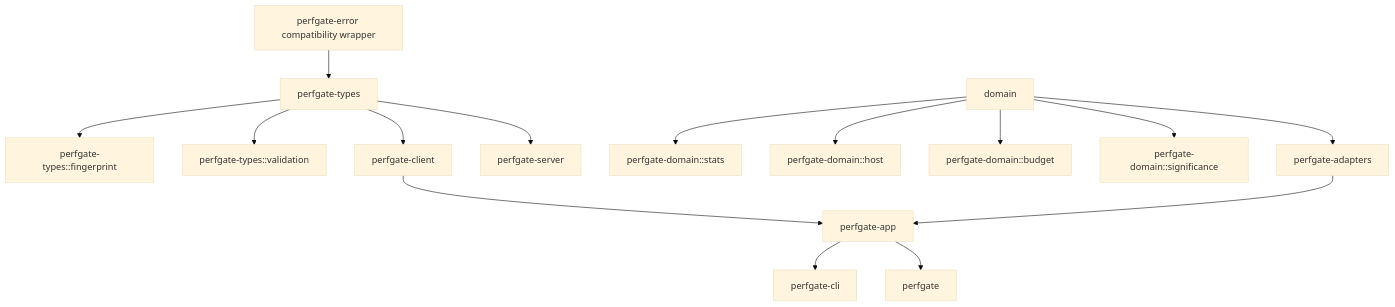
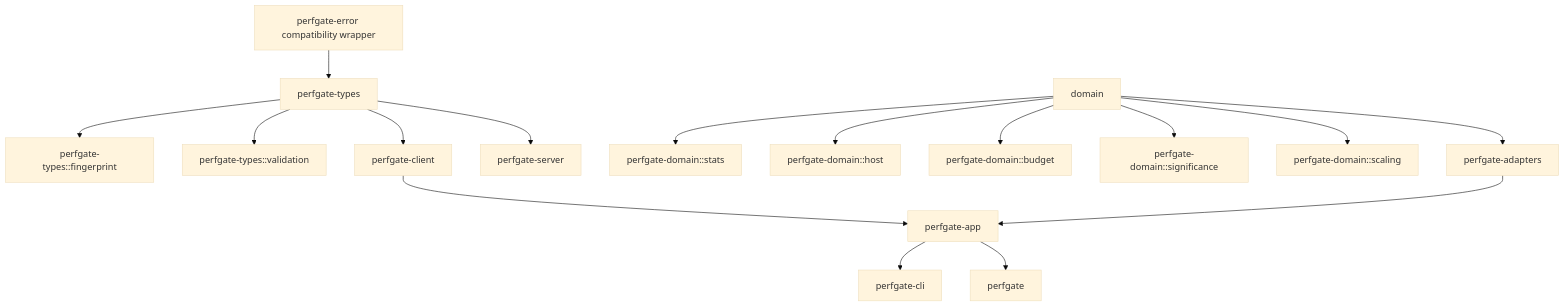
The diagram in docs/WORKSPACE.md (EffortlessMetrics/perfgate), drawn with Mermaid (base theme) before and after one commit. The commit also changed 25 other files, not shown here.

Commit message:
Absorb scaling into domain

````diff
--- a/docs/WORKSPACE.md
+++ b/docs/WORKSPACE.md
@@ -31,17 +31,18 @@
 ```mermaid
 graph TD
   error[perfgate-error compatibility wrapper] --> types[perfgate-types]
   types --> fingerprint[perfgate-types::fingerprint]
   domain --> stats[perfgate-domain::stats]
   types --> val[perfgate-types::validation]
   domain --> host[perfgate-domain::host]
   domain --> budget[perfgate-domain::budget]
   domain --> sig[perfgate-domain::significance]
+  domain --> scaling[perfgate-domain::scaling]
   domain --> adapters[perfgate-adapters]
   adapters --> app[perfgate-app]
   app --> cli[perfgate-cli]
   app --> facade[perfgate]
   types --> client[perfgate-client]
   client --> app
   types --> server[perfgate-server]
 ```
````
